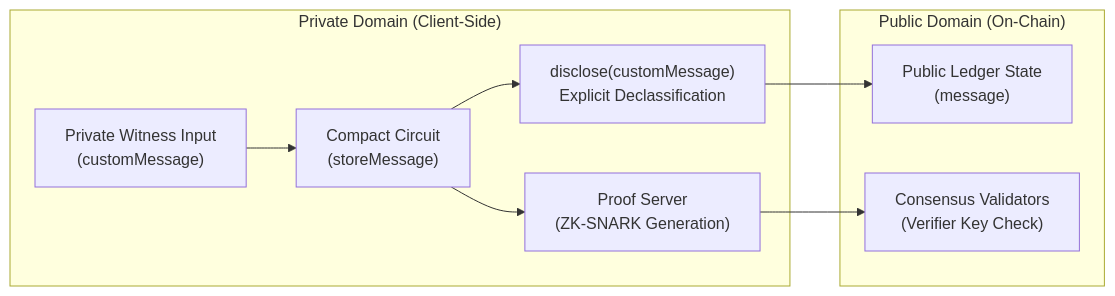
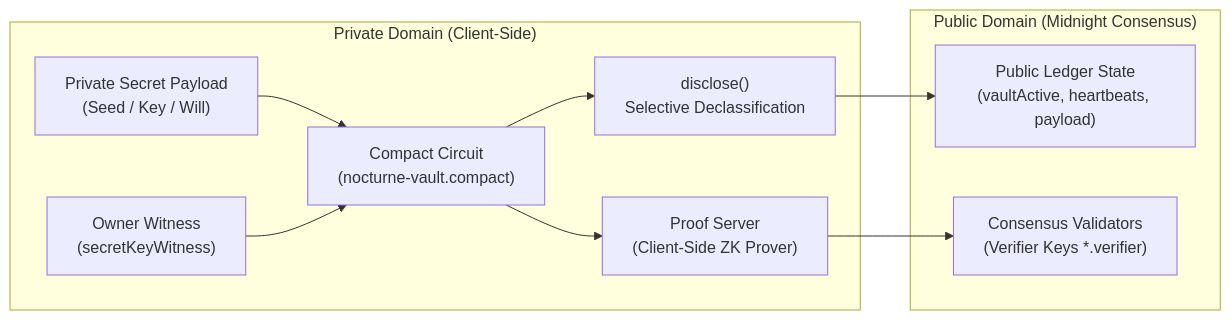
Before and after one commit to rudhu29/midnight-new-moon: the diagram in README.md, drawn with Mermaid. The commit also changed other lines of this file and 3 other files, not shown here.

Commit message:
docs(ci): add GitHub Actions CI/CD pipeline, architecture specs, and onboarding guide

````diff
--- a/README.md
+++ b/README.md
@@ -24,12 +43,13 @@
 ```mermaid
 graph LR
     subgraph "Private Domain (Client-Side)"
-        A["Private Witness Input<br/>(customMessage)"] --> B["Compact Circuit<br/>(storeMessage)"]
-        B --> C["disclose(customMessage)<br/>Explicit Declassification"]
-        B --> D["Proof Server<br/>(ZK-SNARK Generation)"]
+        A["Private Secret Payload<br/>(Seed / Key / Will)"] --> B["Compact Circuit<br/>(nocturne-vault.compact)"]
+        W["Owner Witness<br/>(secretKeyWitness)"] --> B
+        B --> C["Proof Server<br/>(Client-Side ZK Prover)"]
+        B --> D["disclose()<br/>Selective Declassification"]
     end
-    subgraph "Public Domain (On-Chain)"
-        C --> E["Public Ledger State<br/>(message)"]
-        D --> F["Consensus Validators<br/>(Verifier Key Check)"]
+    subgraph "Public Domain (Midnight Consensus)"
+        D --> E["Public Ledger State<br/>(vaultActive, heartbeats, payload)"]
+        C --> F["Consensus Validators<br/>(Verifier Keys *.verifier)"]
     end
 ```
````
